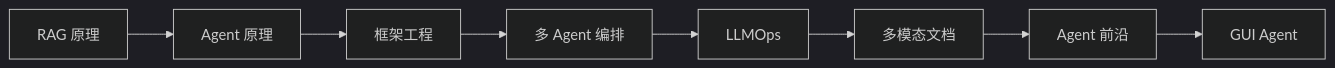
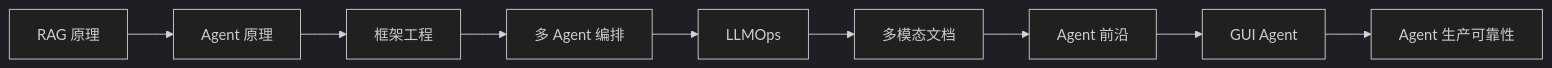
Before and after one commit to kobejiasuoer/awesome-agent-engineering: the diagram in README.md, drawn with Mermaid (dark theme). The commit also changed other lines of this file and 7 other files, not shown here.

````diff
--- a/README.md
+++ b/README.md
@@ -68,5 +68,5 @@
 ```mermaid
 flowchart LR
     A["RAG 原理"] --> B["Agent 原理"] --> C["框架工程"] --> D["多 Agent 编排"]
-    D --> E["LLMOps"] --> F["多模态文档"] --> G["Agent 前沿"] --> H["GUI Agent"]
+    D --> E["LLMOps"] --> F["多模态文档"] --> G["Agent 前沿"] --> H["GUI Agent"] --> I["Agent 生产可靠性"]
 ```
````
